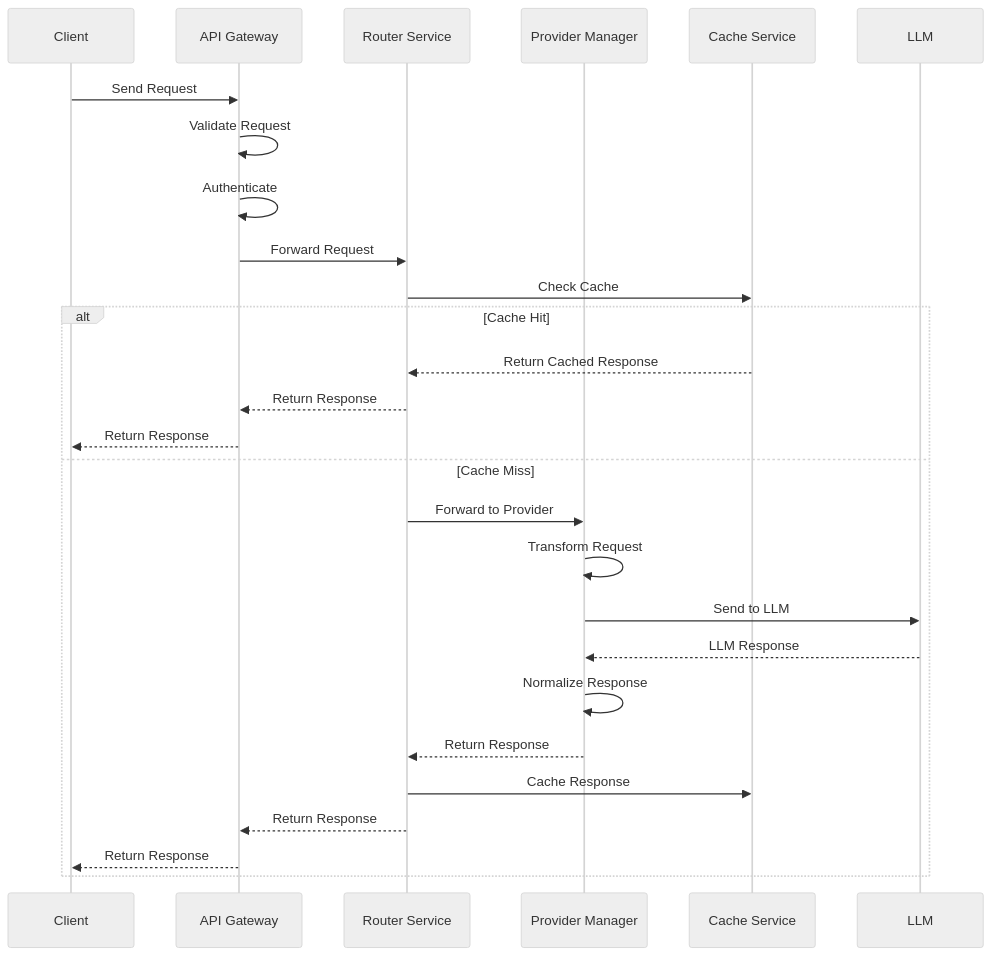
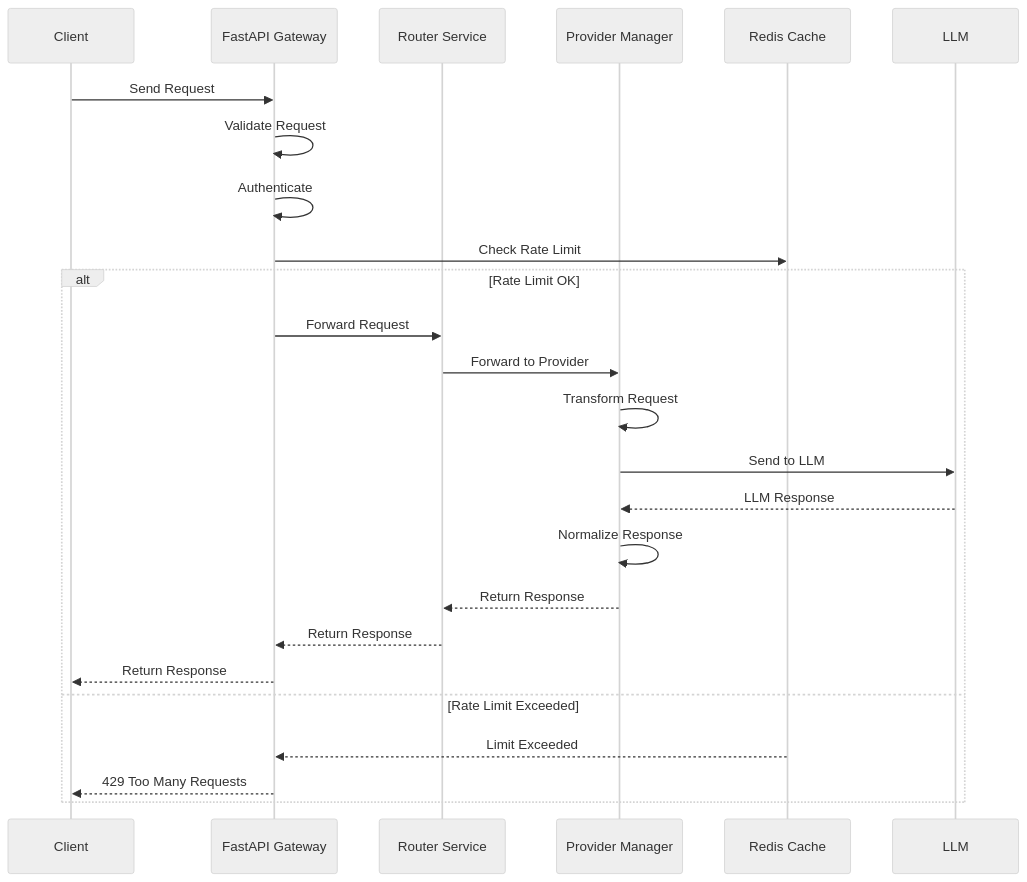
One commit to xrouter-ru/xrouter changed the first of 5 diagrams in docs/architecture/data-flow.md. Above: the diagram before and after it, drawn with Mermaid (neutral theme). The commit also changed other lines of this file, not shown here.

First line of the commit message:
docs: add OAuth flow implementation

````diff
--- a/docs/architecture/data-flow.md
+++ b/docs/architecture/data-flow.md
@@ -6,29 +6,28 @@
 ```mermaid
 sequenceDiagram
     participant Client
-    participant Gateway as API Gateway
+    participant FastAPI as FastAPI Gateway
     participant Router as Router Service
     participant Provider as Provider Manager
-    participant Cache as Cache Service
+    participant Redis as Redis Cache
     
-    Client->>Gateway: Send Request
-    Gateway->>Gateway: Validate Request
-    Gateway->>Gateway: Authenticate
-    Gateway->>Router: Forward Request
-    Router->>Cache: Check Cache
-    alt Cache Hit
-        Cache-->>Router: Return Cached Response
-        Router-->>Gateway: Return Response
-        Gateway-->>Client: Return Response
-    else Cache Miss
+    Client->>FastAPI: Send Request
+    FastAPI->>FastAPI: Validate Request
+    FastAPI->>FastAPI: Authenticate
+    FastAPI->>Redis: Check Rate Limit
+    
+    alt Rate Limit OK
+        FastAPI->>Router: Forward Request
         Router->>Provider: Forward to Provider
         Provider->>Provider: Transform Request
         Provider->>LLM: Send to LLM
         LLM-->>Provider: LLM Response
         Provider->>Provider: Normalize Response
         Provider-->>Router: Return Response
-        Router->>Cache: Cache Response
-        Router-->>Gateway: Return Response
-        Gateway-->>Client: Return Response
+        Router-->>FastAPI: Return Response
+        FastAPI-->>Client: Return Response
+    else Rate Limit Exceeded
+        Redis-->>FastAPI: Limit Exceeded
+        FastAPI-->>Client: 429 Too Many Requests
     end
 ```
````
